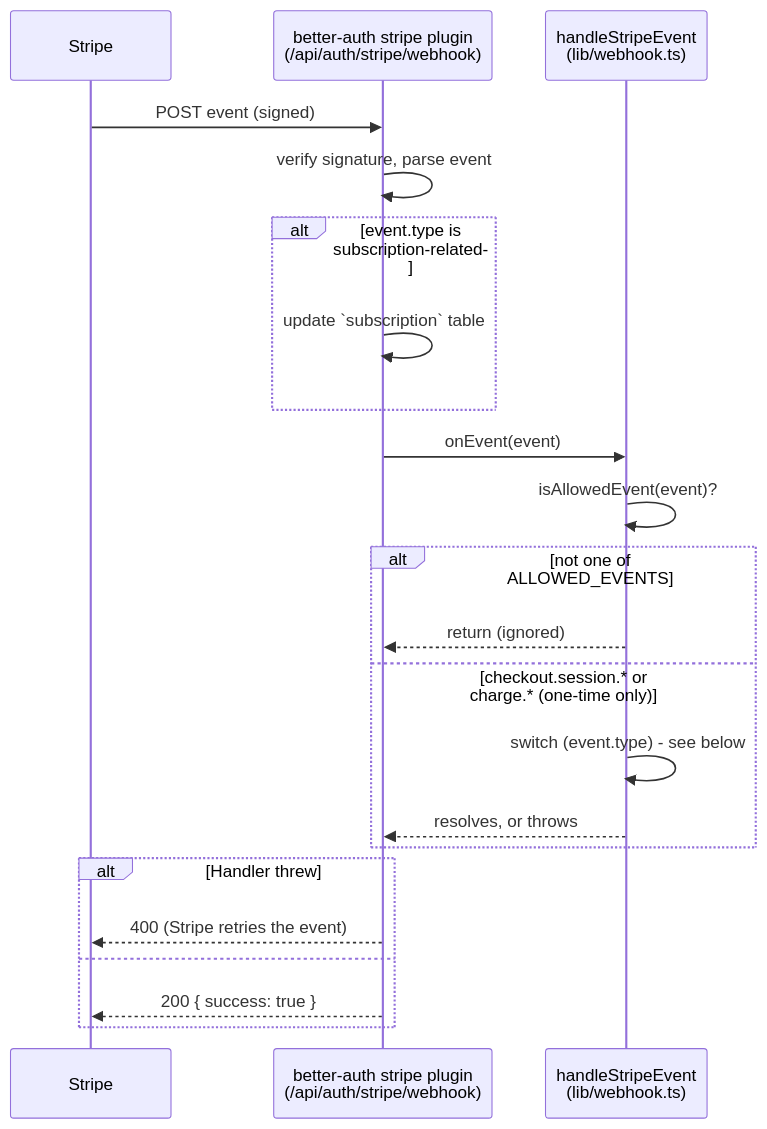
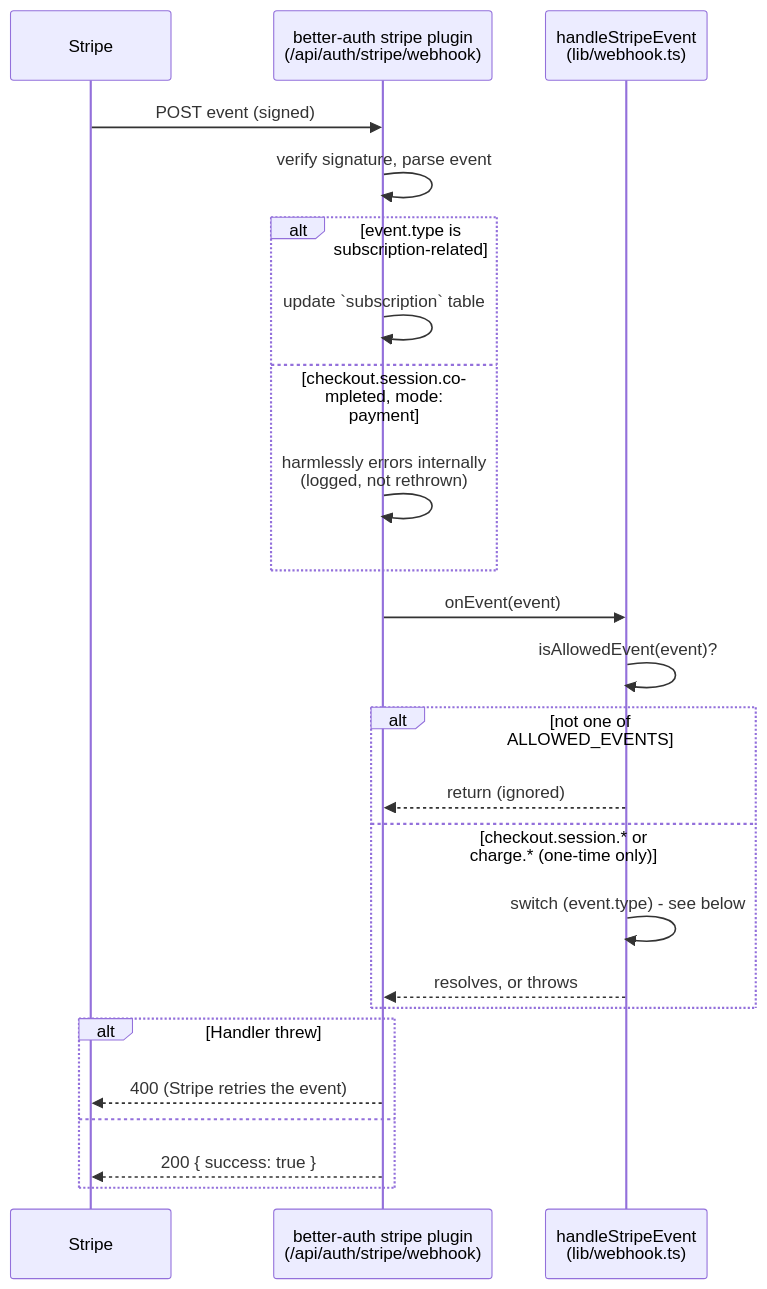
One commit to FranciscoAVD/backend changed the third of 7 diagrams in src/features/payments/CONTROL_FLOW.md. Above: the diagram before and after it, drawn with Mermaid. The commit also changed other lines of this file and 30 other files, not shown here.

````diff
--- a/src/features/payments/CONTROL_FLOW.md
+++ b/src/features/payments/CONTROL_FLOW.md
@@ -67,25 +95,27 @@
 ```mermaid
 sequenceDiagram
     participant Stripe
     participant Plugin as better-auth stripe plugin<br/>(/api/auth/stripe/webhook)
     participant Handler as handleStripeEvent<br/>(lib/webhook.ts)
 
     Stripe->>Plugin: POST event (signed)
     Plugin->>Plugin: verify signature, parse event
     alt event.type is subscription-related
         Plugin->>Plugin: update `subscription` table
+    else checkout.session.completed, mode: payment
+        Plugin->>Plugin: harmlessly errors internally<br/>(logged, not rethrown)
     end
     Plugin->>Handler: onEvent(event)
     Handler->>Handler: isAllowedEvent(event)?
     alt not one of ALLOWED_EVENTS
         Handler-->>Plugin: return (ignored)
     else checkout.session.* or charge.* (one-time only)
         Handler->>Handler: switch (event.type) - see below
         Handler-->>Plugin: resolves, or throws
     end
     alt Handler threw
         Plugin-->>Stripe: 400 (Stripe retries the event)
     else
         Plugin-->>Stripe: 200 { success: true }
     end
 ```
````
